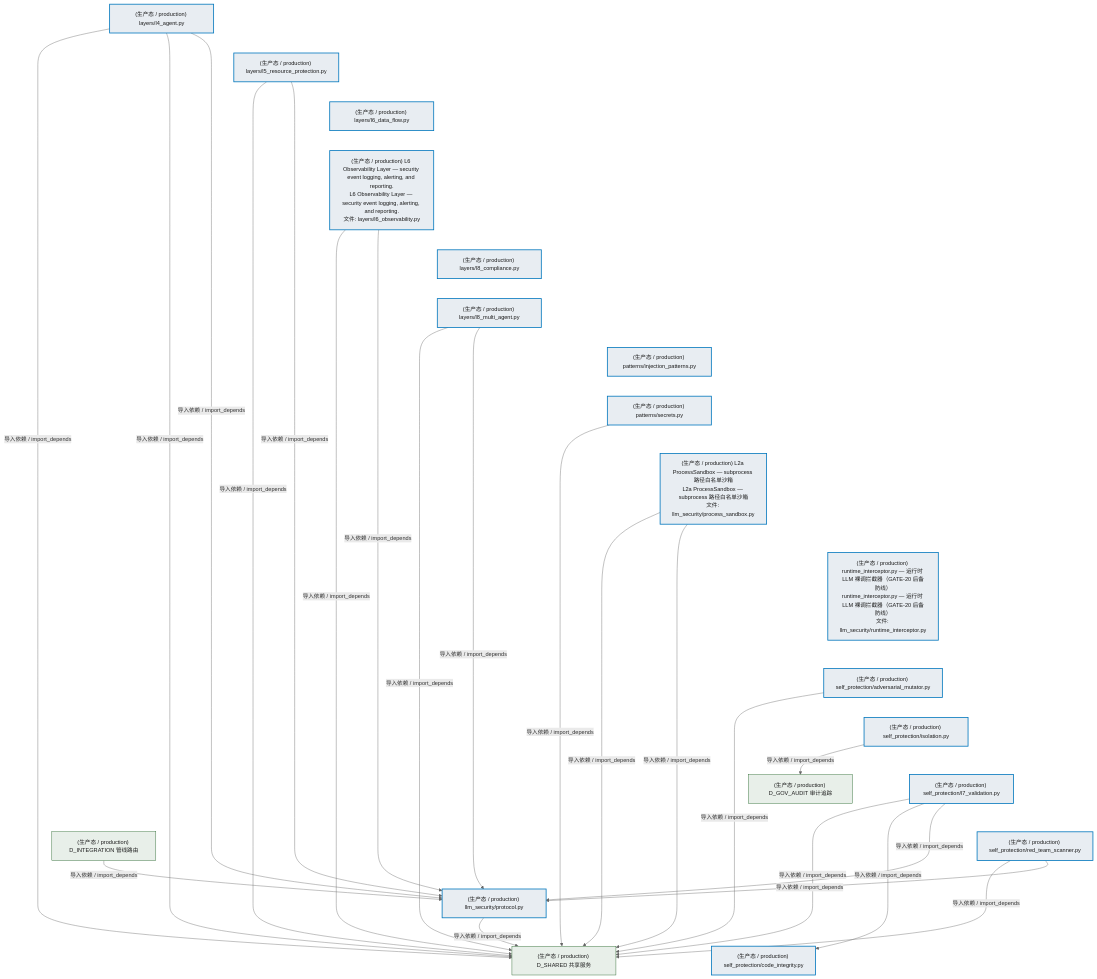
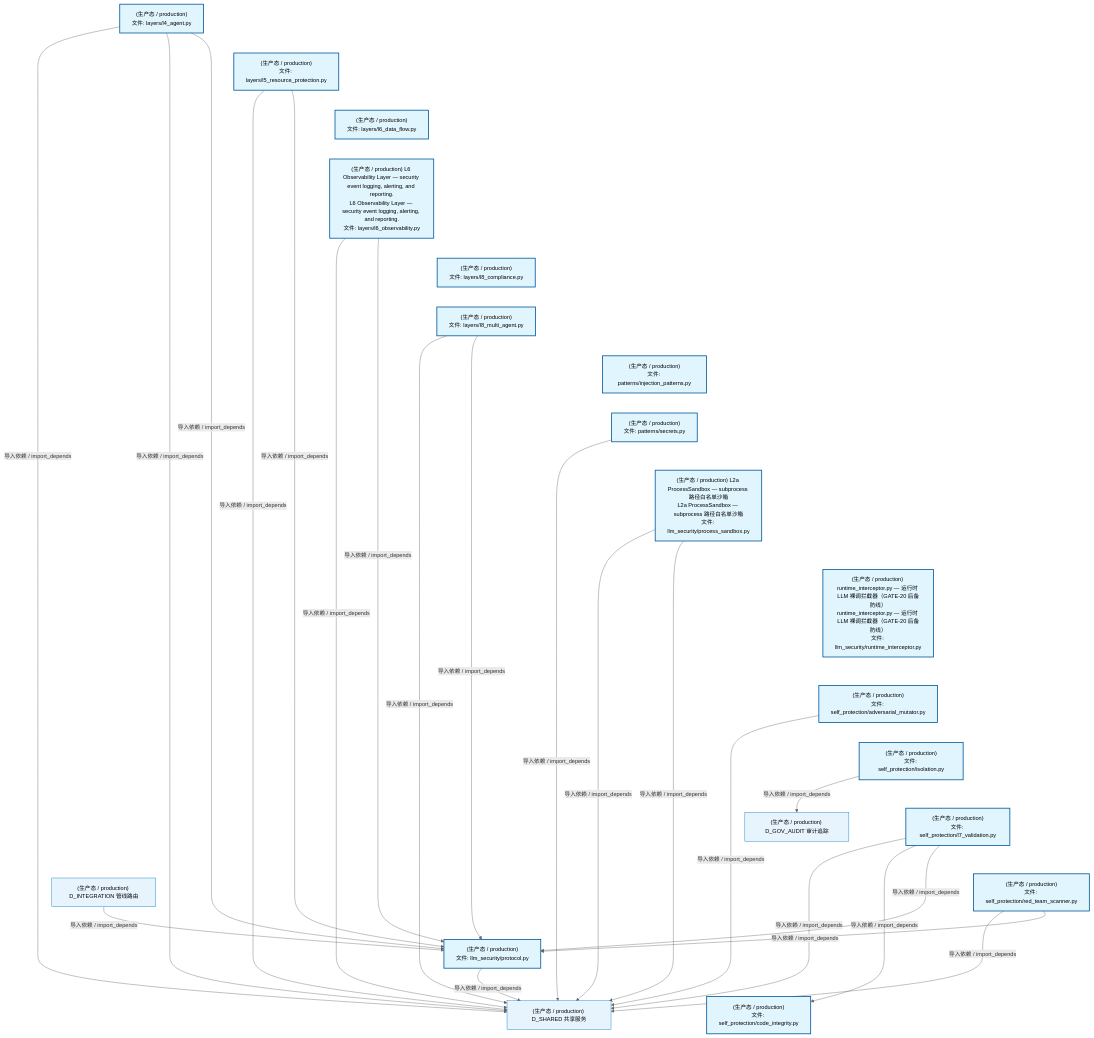
The sixth of 8 diagrams in docs/02_enterprise_architecture/02_domain_architecture_docs/27_d_security.md (xuanFelixVan/ZephyrAlpha), drawn with Mermaid before and after one commit. The commit also changed other lines of this file and 75 other files, not shown here.

````diff
--- a/docs/02_enterprise_architecture/02_domain_architecture_docs/27_d_security.md
+++ b/docs/02_enterprise_architecture/02_domain_architecture_docs/27_d_security.md
@@ -774,64 +774,64 @@
 ```mermaid
 %%{init: {'theme': 'base', 'themeVariables': {'primaryColor': '#eaeaea', 'primaryTextColor': '#333333', 'primaryBorderColor': '#666666', 'lineColor': '#666666', 'secondaryColor': '#eaeaea', 'tertiaryColor': '#eaeaea', 'fontSize': '14px'}}}%%
 flowchart TD
-    src_zephyr_security_llm_defense_llm_security_layers_l4_agent_py["(生产态 / production) layers/l4_agent.py"]
-    src_zephyr_security_llm_defense_llm_security_layers_l5_resource_protection_py["(生产态 / production) layers/l5_resource_protection.py"]
-    src_zephyr_security_llm_defense_llm_security_layers_l6_data_flow_py["(生产态 / production) layers/l6_data_flow.py"]
+    src_zephyr_security_llm_defense_llm_security_layers_l4_agent_py["(生产态 / production)<br/>文件: layers/l4_agent.py"]
+    src_zephyr_security_llm_defense_llm_security_layers_l5_resource_protection_py["(生产态 / production)<br/>文件: layers/l5_resource_protection.py"]
+    src_zephyr_security_llm_defense_llm_security_layers_l6_data_flow_py["(生产态 / production)<br/>文件: layers/l6_data_flow.py"]
     src_zephyr_security_llm_defense_llm_security_layers_l6_observability_py["(生产态 / production) L6 Observability Layer — security event logging, alerting, and reporting.<br/>L6 Observability Layer — security event logging, alerting, and reporting.<br/>文件: layers/l6_observability.py"]
-    src_zephyr_security_llm_defense_llm_security_layers_l8_compliance_py["(生产态 / production) layers/l8_compliance.py"]
-    src_zephyr_security_llm_defense_llm_security_layers_l8_multi_agent_py["(生产态 / production) layers/l8_multi_agent.py"]
-    src_zephyr_security_llm_defense_llm_security_patterns_injection_patterns_py["(生产态 / production) patterns/injection_patterns.py"]
-    src_zephyr_security_llm_defense_llm_security_patterns_secrets_py["(生产态 / production) patterns/secrets.py"]
+    src_zephyr_security_llm_defense_llm_security_layers_l8_compliance_py["(生产态 / production)<br/>文件: layers/l8_compliance.py"]
+    src_zephyr_security_llm_defense_llm_security_layers_l8_multi_agent_py["(生产态 / production)<br/>文件: layers/l8_multi_agent.py"]
+    src_zephyr_security_llm_defense_llm_security_patterns_injection_patterns_py["(生产态 / production)<br/>文件: patterns/injection_patterns.py"]
+    src_zephyr_security_llm_defense_llm_security_patterns_secrets_py["(生产态 / production)<br/>文件: patterns/secrets.py"]
     src_zephyr_security_llm_defense_llm_security_process_sandbox_py["(生产态 / production) L2a ProcessSandbox — subprocess 路径白名单沙箱<br/>L2a ProcessSandbox — subprocess 路径白名单沙箱<br/>文件: llm_security/process_sandbox.py"]
     src_zephyr_security_llm_defense_llm_security_runtime_interceptor_py["(生产态 / production) runtime_interceptor.py — 运行时 LLM 裸调拦截器（GATE-20 后备防线）<br/>runtime_interceptor.py — 运行时 LLM 裸调拦截器（GATE-20 后备防线）<br/>文件: llm_security/runtime_interceptor.py"]
-    src_zephyr_security_llm_defense_llm_security_self_protection_adversarial_mutator_py["(生产态 / production) self_protection/adversarial_mutator.py"]
-    src_zephyr_security_llm_defense_llm_security_self_protection_isolation_py["(生产态 / production) self_protection/isolation.py"]
-    src_zephyr_security_llm_defense_llm_security_self_protection_l7_validation_py["(生产态 / production) self_protection/l7_validation.py"]
-    src_zephyr_security_llm_defense_llm_security_self_protection_red_team_scanner_py["(生产态 / production) self_protection/red_team_scanner.py"]
+    src_zephyr_security_llm_defense_llm_security_self_protection_adversarial_mutator_py["(生产态 / production)<br/>文件: self_protection/adversarial_mutator.py"]
+    src_zephyr_security_llm_defense_llm_security_self_protection_isolation_py["(生产态 / production)<br/>文件: self_protection/isolation.py"]
+    src_zephyr_security_llm_defense_llm_security_self_protection_l7_validation_py["(生产态 / production)<br/>文件: self_protection/l7_validation.py"]
+    src_zephyr_security_llm_defense_llm_security_self_protection_red_team_scanner_py["(生产态 / production)<br/>文件: self_protection/red_team_scanner.py"]
     src_zephyr_security_llm_defense_llm_security_layers_l4_agent_py ~~~ src_zephyr_security_llm_defense_llm_security_layers_l5_resource_protection_py
     src_zephyr_security_llm_defense_llm_security_layers_l5_resource_protection_py ~~~ src_zephyr_security_llm_defense_llm_security_layers_l6_data_flow_py
     src_zephyr_security_llm_defense_llm_security_layers_l6_data_flow_py ~~~ src_zephyr_security_llm_defense_llm_security_layers_l6_observability_py
     src_zephyr_security_llm_defense_llm_security_layers_l6_observability_py ~~~ src_zephyr_security_llm_defense_llm_security_layers_l8_compliance_py
     src_zephyr_security_llm_defense_llm_security_layers_l8_compliance_py ~~~ src_zephyr_security_llm_defense_llm_security_layers_l8_multi_agent_py
     src_zephyr_security_llm_defense_llm_security_layers_l8_multi_agent_py ~~~ src_zephyr_security_llm_defense_llm_security_patterns_injection_patterns_py
     src_zephyr_security_llm_defense_llm_security_patterns_injection_patterns_py ~~~ src_zephyr_security_llm_defense_llm_security_patterns_secrets_py
     src_zephyr_security_llm_defense_llm_security_patterns_secrets_py ~~~ src_zephyr_security_llm_defense_llm_security_process_sandbox_py
     src_zephyr_security_llm_defense_llm_security_process_sandbox_py ~~~ src_zephyr_security_llm_defense_llm_security_runtime_interceptor_py
     src_zephyr_security_llm_defense_llm_security_runtime_interceptor_py ~~~ src_zephyr_security_llm_defense_llm_security_self_protection_adversarial_mutator_py
     src_zephyr_security_llm_defense_llm_security_self_protection_adversarial_mutator_py ~~~ src_zephyr_security_llm_defense_llm_security_self_protection_isolation_py
     src_zephyr_security_llm_defense_llm_security_self_protection_isolation_py ~~~ src_zephyr_security_llm_defense_llm_security_self_protection_l7_validation_py
     src_zephyr_security_llm_defense_llm_security_self_protection_l7_validation_py ~~~ src_zephyr_security_llm_defense_llm_security_self_protection_red_team_scanner_py
-    src_zephyr_security_llm_defense_llm_security_protocol_py["(生产态 / production) llm_security/protocol.py"]
-    src_zephyr_security_llm_defense_llm_security_self_protection_code_integrity_py["(生产态 / production) self_protection/code_integrity.py"]
+    src_zephyr_security_llm_defense_llm_security_protocol_py["(生产态 / production)<br/>文件: llm_security/protocol.py"]
+    src_zephyr_security_llm_defense_llm_security_self_protection_code_integrity_py["(生产态 / production)<br/>文件: self_protection/code_integrity.py"]
     src_zephyr_security_llm_defense_llm_security_protocol_py ~~~ src_zephyr_security_llm_defense_llm_security_self_protection_code_integrity_py
     src_zephyr_security_llm_defense_llm_security_layers_l4_agent_py -->|导入依赖 / import_depends| src_zephyr_security_llm_defense_llm_security_protocol_py
     src_zephyr_security_llm_defense_llm_security_layers_l5_resource_protection_py -->|导入依赖 / import_depends| src_zephyr_security_llm_defense_llm_security_protocol_py
     src_zephyr_security_llm_defense_llm_security_layers_l8_multi_agent_py -->|导入依赖 / import_depends| src_zephyr_security_llm_defense_llm_security_protocol_py
     src_zephyr_security_llm_defense_llm_security_layers_l6_observability_py -->|导入依赖 / import_depends| src_zephyr_security_llm_defense_llm_security_protocol_py
     src_zephyr_security_llm_defense_llm_security_self_protection_l7_validation_py -->|导入依赖 / import_depends| src_zephyr_security_llm_defense_llm_security_protocol_py
     src_zephyr_security_llm_defense_llm_security_self_protection_l7_validation_py -->|导入依赖 / import_depends| src_zephyr_security_llm_defense_llm_security_self_protection_code_integrity_py
     src_zephyr_security_llm_defense_llm_security_self_protection_red_team_scanner_py -->|导入依赖 / import_depends| src_zephyr_security_llm_defense_llm_security_protocol_py
     D_SHARED["(生产态 / production) D_SHARED 共享服务"]
     src_zephyr_security_llm_defense_llm_security_layers_l6_observability_py -->|导入依赖 / import_depends| D_SHARED
     src_zephyr_security_llm_defense_llm_security_layers_l4_agent_py -->|导入依赖 / import_depends| D_SHARED
     src_zephyr_security_llm_defense_llm_security_self_protection_adversarial_mutator_py -->|导入依赖 / import_depends| D_SHARED
     src_zephyr_security_llm_defense_llm_security_process_sandbox_py -->|导入依赖 / import_depends| D_SHARED
     D_GOV_AUDIT["(生产态 / production) D_GOV_AUDIT 审计追踪"]
     src_zephyr_security_llm_defense_llm_security_self_protection_isolation_py -->|导入依赖 / import_depends| D_GOV_AUDIT
     src_zephyr_security_llm_defense_llm_security_self_protection_l7_validation_py -->|导入依赖 / import_depends| D_SHARED
     src_zephyr_security_llm_defense_llm_security_layers_l8_multi_agent_py -->|导入依赖 / import_depends| D_SHARED
     src_zephyr_security_llm_defense_llm_security_layers_l4_agent_py -->|导入依赖 / import_depends| D_SHARED
     src_zephyr_security_llm_defense_llm_security_layers_l5_resource_protection_py -->|导入依赖 / import_depends| D_SHARED
     src_zephyr_security_llm_defense_llm_security_self_protection_red_team_scanner_py -->|导入依赖 / import_depends| D_SHARED
     src_zephyr_security_llm_defense_llm_security_patterns_secrets_py -->|导入依赖 / import_depends| D_SHARED
     src_zephyr_security_llm_defense_llm_security_process_sandbox_py -->|导入依赖 / import_depends| D_SHARED
     src_zephyr_security_llm_defense_llm_security_protocol_py -->|导入依赖 / import_depends| D_SHARED
     D_INTEGRATION["(生产态 / production) D_INTEGRATION 管线路由"]
     D_INTEGRATION -->|导入依赖 / import_depends| src_zephyr_security_llm_defense_llm_security_protocol_py
-    classDef production fill:#e8edf2,stroke:#0277bd,stroke-width:2px,color:#1a1a1a
-    classDef design fill:#f0ebe3,stroke:#bf360c,stroke-width:2px,color:#1a1a1a,stroke-dasharray: 5 5
-    classDef external_prod fill:#e8efe9,stroke:#1b5e20,stroke-width:1px,color:#1a1a1a
-    classDef external_design fill:#efe5ea,stroke:#880e4f,stroke-width:1px,color:#1a1a1a,stroke-dasharray: 5 5
+    classDef production fill:#e1f5fe,stroke:#01579b,stroke-width:2px,color:#000
+    classDef design fill:#fff3e0,stroke:#e65100,stroke-width:2px,color:#000,stroke-dasharray: 5 5
+    classDef external_prod fill:#e8f4fd,stroke:#0277bd,stroke-width:1px,color:#000
+    classDef external_design fill:#fff8e7,stroke:#ef6c00,stroke-width:1px,color:#000,stroke-dasharray: 5 5
     class src_zephyr_security_llm_defense_llm_security_layers_l4_agent_py,src_zephyr_security_llm_defense_llm_security_layers_l5_resource_protection_py,src_zephyr_security_llm_defense_llm_security_layers_l6_data_flow_py,src_zephyr_security_llm_defense_llm_security_layers_l6_observability_py,src_zephyr_security_llm_defense_llm_security_layers_l8_compliance_py,src_zephyr_security_llm_defense_llm_security_layers_l8_multi_agent_py,src_zephyr_security_llm_defense_llm_security_patterns_injection_patterns_py,src_zephyr_security_llm_defense_llm_security_patterns_secrets_py,src_zephyr_security_llm_defense_llm_security_process_sandbox_py,src_zephyr_security_llm_defense_llm_security_protocol_py,src_zephyr_security_llm_defense_llm_security_runtime_interceptor_py,src_zephyr_security_llm_defense_llm_security_self_protection_adversarial_mutator_py,src_zephyr_security_llm_defense_llm_security_self_protection_code_integrity_py,src_zephyr_security_llm_defense_llm_security_self_protection_isolation_py,src_zephyr_security_llm_defense_llm_security_self_protection_l7_validation_py,src_zephyr_security_llm_defense_llm_security_self_protection_red_team_scanner_py production
     class D_SHARED,D_GOV_AUDIT,D_INTEGRATION external_prod
 ```
````
